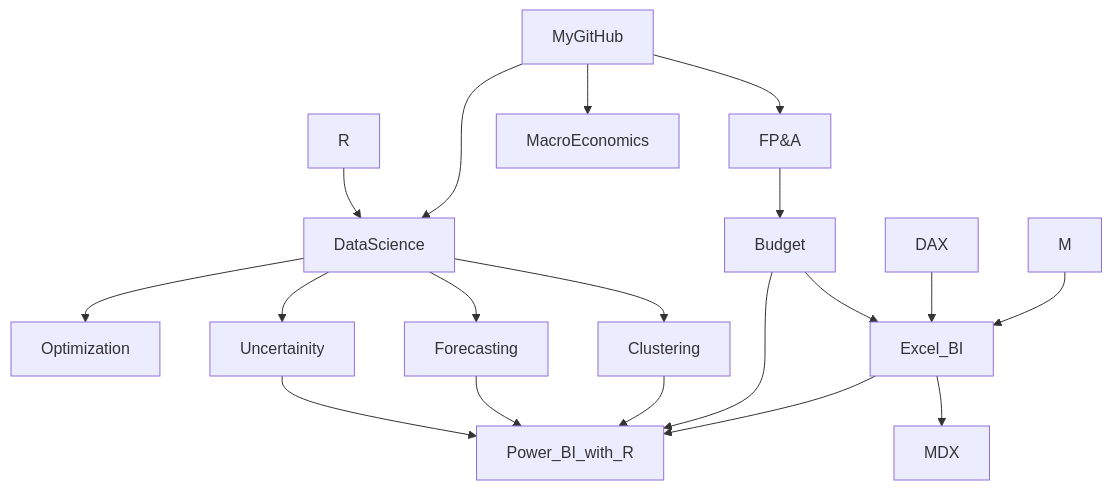
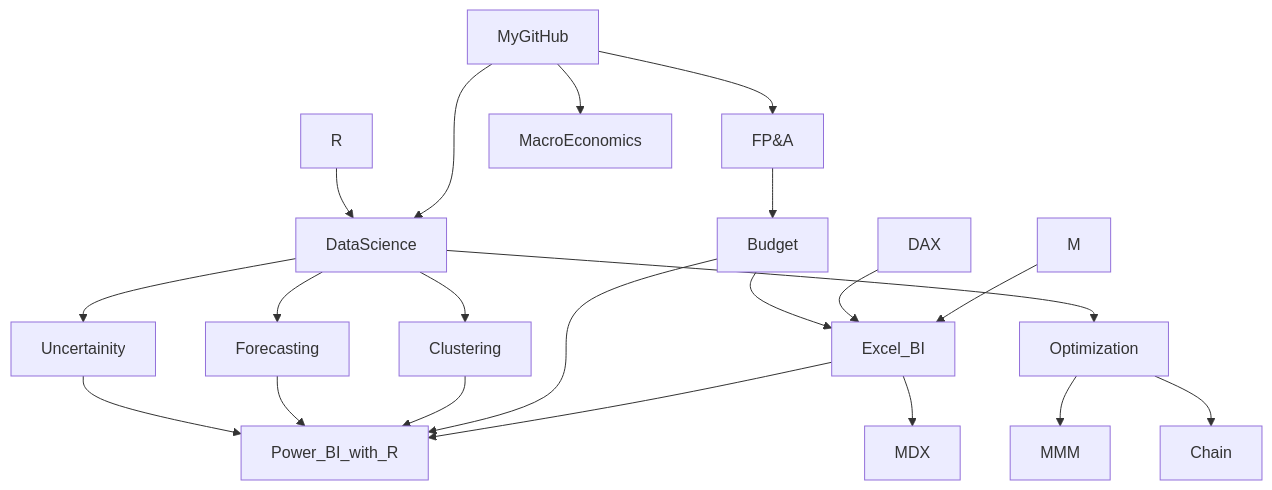
One commit to md3629/md3629 changed the diagram in README.md. Above: the diagram before and after it, drawn with Mermaid.

````diff
--- a/README.md
+++ b/README.md
@@ -9,21 +9,23 @@
 ```mermaid
 graph TD;
     MyGitHub-->FP&A;
     FP&A-->Budget;
     R-->DataScience;
     MyGitHub-->DataScience;
     MyGitHub-->MacroEconomics;
     DataScience-->Optimization;
+    Optimization-->MMM;
+    Optimization-->Chain;
     DataScience-->Forecasting;
     DataScience-->Clustering;
     DataScience-->Uncertainity;
     Uncertainity-->Power_BI_with_R;
     Forecasting-->Power_BI_with_R;
     Clustering-->Power_BI_with_R;
     Budget-->Power_BI_with_R;
     Budget-->Excel_BI;
     DAX-->Excel_BI;
     M-->Excel_BI;
     Excel_BI-->Power_BI_with_R;
     Excel_BI-->MDX;
 ```
````
